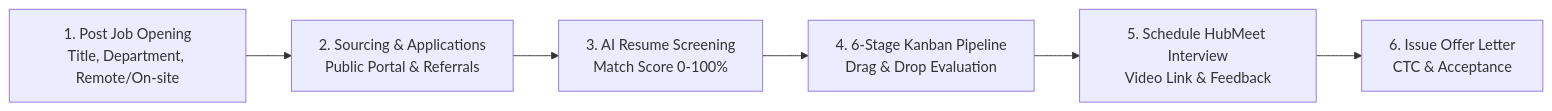
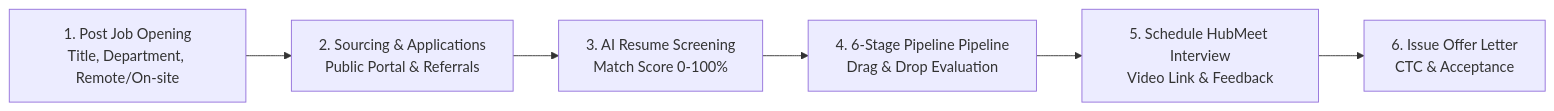
Before and after one commit to SRJ-GROUP/hubnest_user_guide: the first of 2 diagrams in docs/hrms-hr/recruitment.md, drawn with Mermaid. The commit also changed other lines of this file and 161 other files, not shown here.

Commit message:
feat: complete HubMeet suite, supervisor portal docs, diagram fixes, and interactive eye-button zoom modal

````diff
--- a/docs/hrms-hr/recruitment.md
+++ b/docs/hrms-hr/recruitment.md
@@ -21,8 +21,8 @@
 ```mermaid
 graph LR
     Post["1. Post Job Opening<br/>Title, Department, Remote/On-site"] --> Source["2. Sourcing & Applications<br/>Public Portal & Referrals"]
     Source --> AIScore["3. AI Resume Screening<br/>Match Score 0-100%"]
-    AIScore --> Kanban["4. 6-Stage Kanban Pipeline<br/>Drag & Drop Evaluation"]
-    Kanban --> Interview["5. Schedule HubMeet Interview<br/>Video Link & Feedback"]
+    AIScore --> Pipeline["4. 6-Stage Pipeline Pipeline<br/>Drag & Drop Evaluation"]
+    Pipeline --> Interview["5. Schedule HubMeet Interview<br/>Video Link & Feedback"]
     Interview --> Offer["6. Issue Offer Letter<br/>CTC & Acceptance"]
 ```
````
